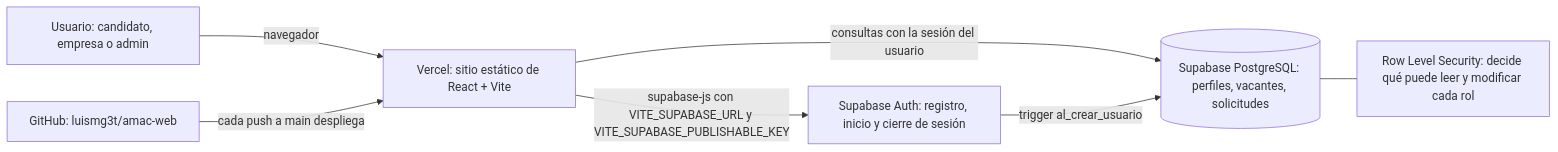
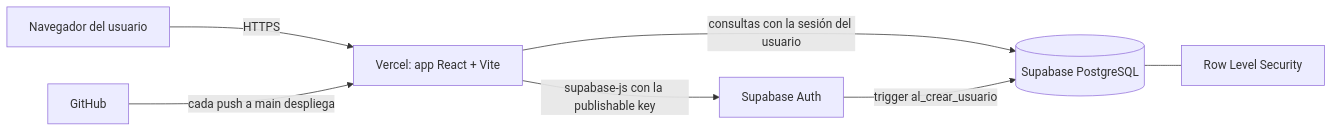
One commit to luismg3t/amac-web changed the first of 2 diagrams in README.md. Above: the diagram before and after it, drawn with Mermaid. The commit also changed other lines of this file, not shown here.

Commit message:
Completa el README con lo que pide la rúbrica

````diff
--- a/README.md
+++ b/README.md
@@ -46,9 +65,9 @@
 ```mermaid
 flowchart LR
-    U[Usuario: candidato, empresa o admin] -->|navegador| V[Vercel: sitio estático de React + Vite]
-    V -->|supabase-js con VITE_SUPABASE_URL y VITE_SUPABASE_PUBLISHABLE_KEY| A[Supabase Auth: registro, inicio y cierre de sesión]
-    V -->|consultas con la sesión del usuario| D[(Supabase PostgreSQL: perfiles, vacantes, solicitudes)]
+    U[Navegador del usuario] -->|HTTPS| V[Vercel: app React + Vite]
+    V -->|supabase-js con la publishable key| A[Supabase Auth]
+    V -->|consultas con la sesión del usuario| D[(Supabase PostgreSQL)]
     A -->|trigger al_crear_usuario| D
-    D --- R[Row Level Security: decide qué puede leer y modificar cada rol]
-    G[GitHub: luismg3t/amac-web] -->|cada push a main despliega| V
+    D --- R[Row Level Security]
+    G[GitHub] -->|cada push a main despliega| V
 ```
````
